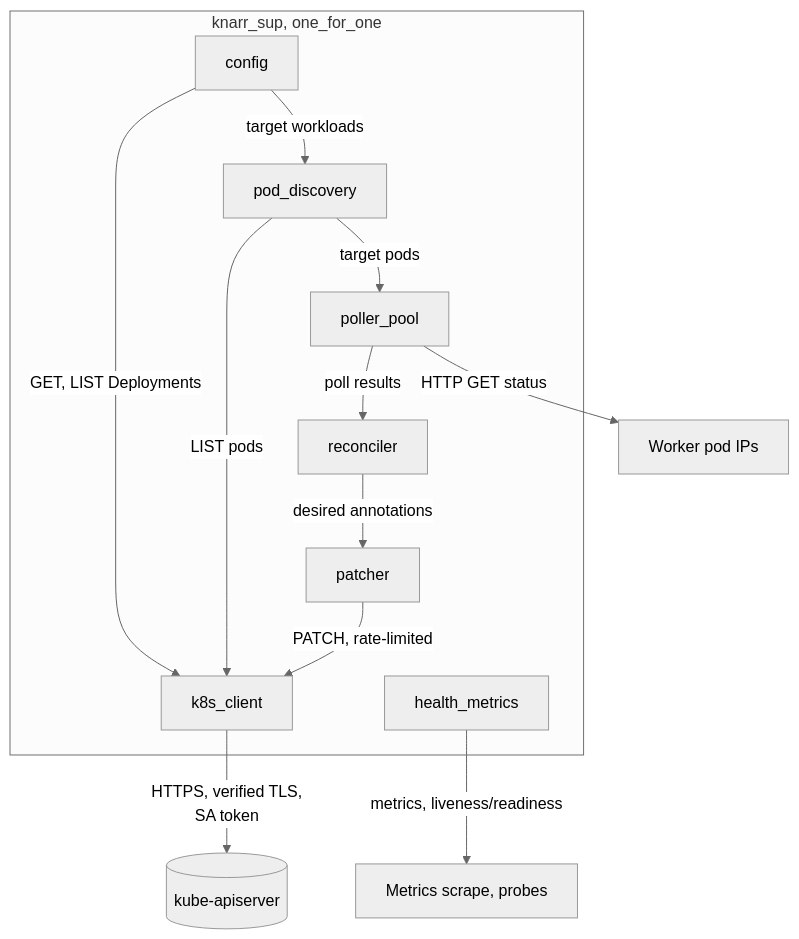
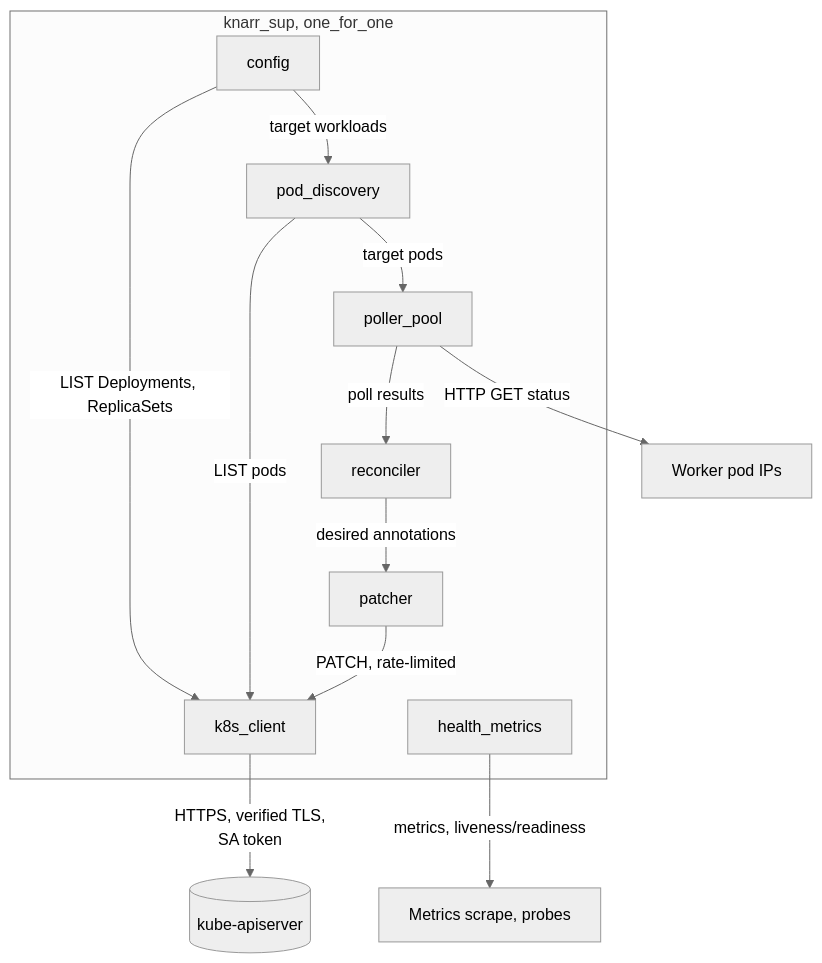
Before and after one commit to BiscuitBin/knarr: the ninth of 10 diagrams in docs/OVERVIEW.md, drawn with Mermaid (neutral theme). The commit also changed other lines of this file and 17 other files, not shown here.

First line of the commit message:
Settle the configuration schema (ticket 19)

````diff
--- a/docs/OVERVIEW.md
+++ b/docs/OVERVIEW.md
@@ -440,22 +440,22 @@
 ```mermaid
 flowchart TB
     subgraph SUP ["knarr_sup, one_for_one"]
       CFG[config]
       PD[pod_discovery]
       PP[poller_pool]
       RC[reconciler]
       PT[patcher]
       KC[k8s_client]
       HM[health_metrics]
     end
     CFG -- "target workloads" --> PD
     PD -- "target pods" --> PP
     PP -- "poll results" --> RC
     RC -- "desired annotations" --> PT
-    CFG -- "GET, LIST Deployments" --> KC
+    CFG -- "LIST Deployments, ReplicaSets" --> KC
     PD -- "LIST pods" --> KC
     PT -- "PATCH, rate-limited" --> KC
     KC -- "HTTPS, verified TLS,<br/>SA token" --> API[(kube-apiserver)]
     PP -- "HTTP GET status" --> PODS[Worker pod IPs]
     HM -- "metrics, liveness/readiness" --> OUT[Metrics scrape, probes]
 ```
````
